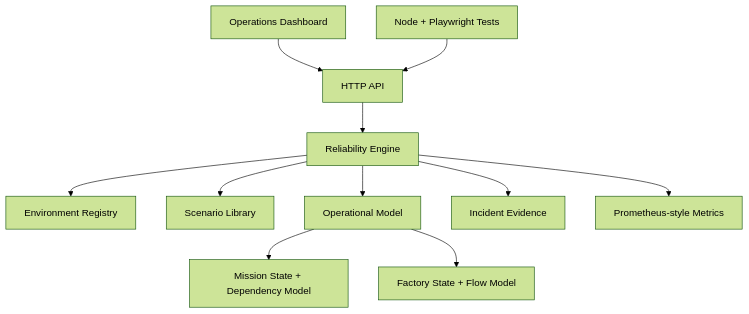
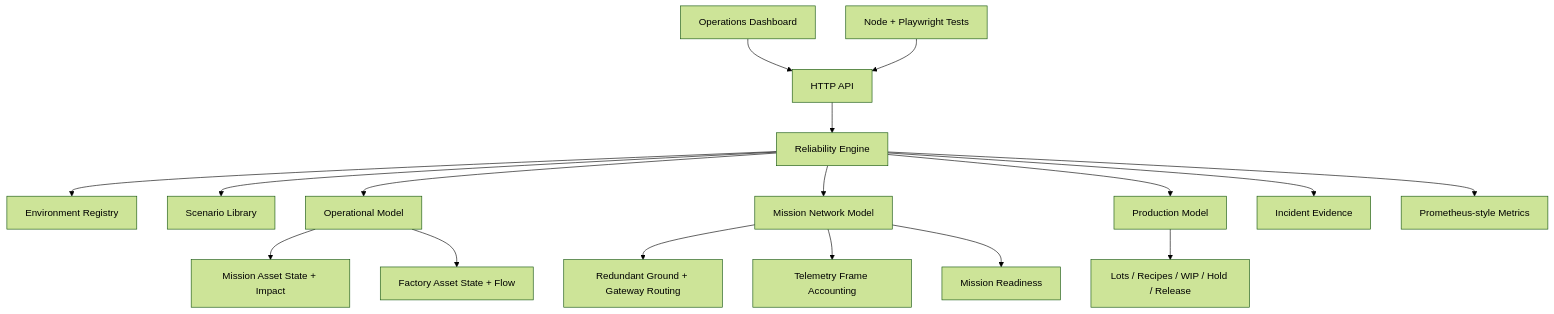
One commit to Lordkoii/Orbital-Reliability-Lab changed the diagram in docs/ARCHITECTURE.md. Above: the diagram before and after it, drawn with Mermaid (forest theme). The commit also changed other lines of this file and 17 other files, not shown here.

````diff
--- a/docs/ARCHITECTURE.md
+++ b/docs/ARCHITECTURE.md
@@ -9,13 +9,19 @@
 ```mermaid
 flowchart TB
     UI[Operations Dashboard] --> API[HTTP API]
     TESTS[Node + Playwright Tests] --> API
     API --> CORE[Reliability Engine]
     CORE --> ENV[Environment Registry]
     CORE --> SCENARIOS[Scenario Library]
     CORE --> MODEL[Operational Model]
-    MODEL --> MISSION[Mission State + Dependency Model]
-    MODEL --> FACTORY[Factory State + Flow Model]
+    CORE --> MISSIONNET[Mission Network Model]
+    CORE --> PROD[Production Model]
+    MODEL --> MISSION[Mission Asset State + Impact]
+    MODEL --> FACTORY[Factory Asset State + Flow]
+    MISSIONNET --> ROUTES[Redundant Ground + Gateway Routing]
+    MISSIONNET --> FRAMES[Telemetry Frame Accounting]
+    MISSIONNET --> READY[Mission Readiness]
+    PROD --> MES[Lots / Recipes / WIP / Hold / Release]
     CORE --> EVENTS[Incident Evidence]
     CORE --> METRICS[Prometheus-style Metrics]
 ```
````
